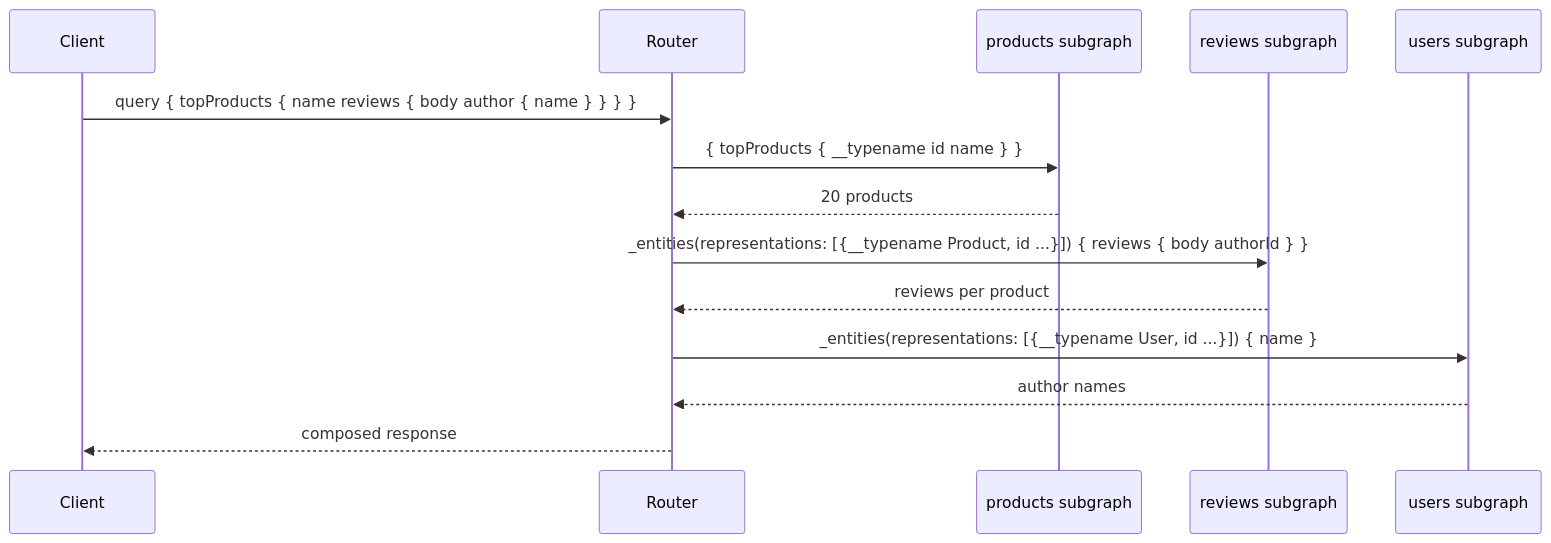
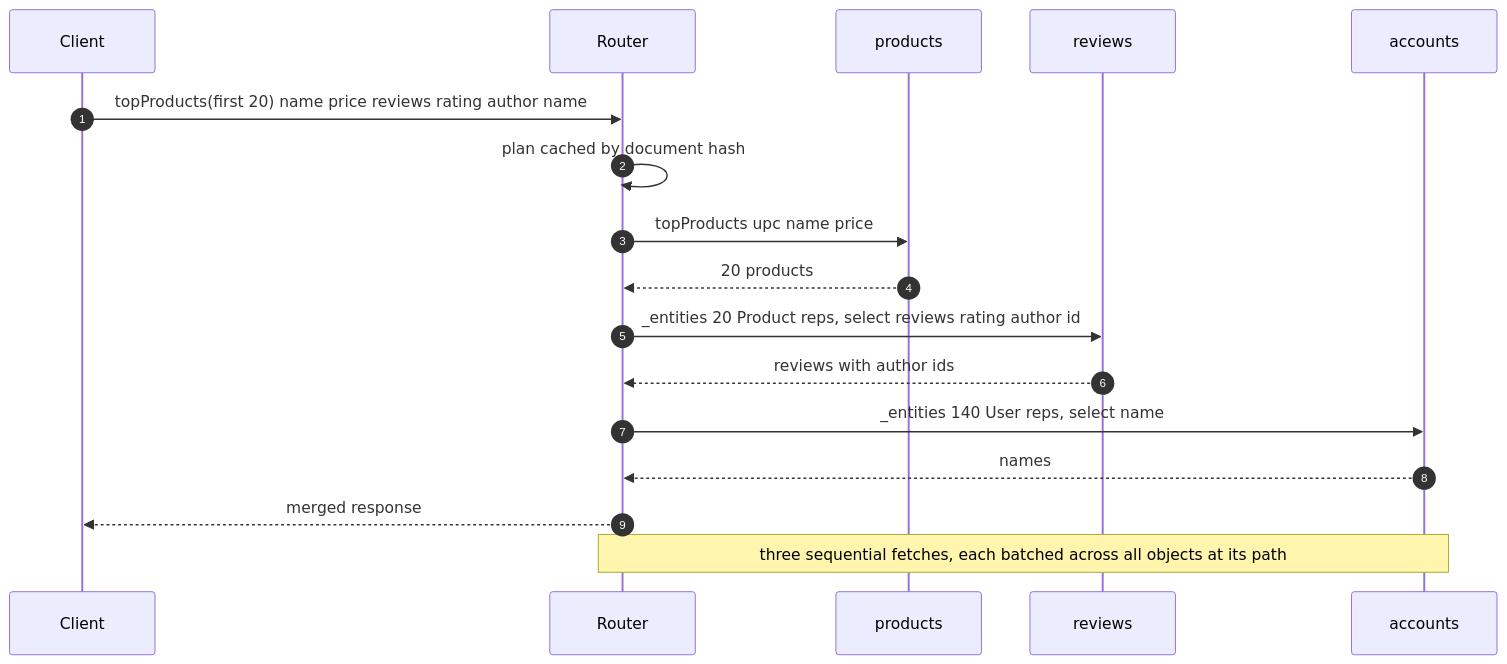
The fourth of 5 diagrams in src/content/docs/en/communication/synchronous-protocols/graphql.mdx (gorkemsari/distributed-systems), drawn with Mermaid before and after one commit. The commit also changed other lines of this file and 3 other files, not shown here.

First line of the commit message:
docs(communication/synchronous-protocols/graphql): generate EN/TR

````diff
--- a/src/content/docs/en/communication/synchronous-protocols/graphql.mdx
+++ b/src/content/docs/en/communication/synchronous-protocols/graphql.mdx
@@ -121,17 +192,19 @@
 ```mermaid
 sequenceDiagram
+    autonumber
     participant C as Client
     participant R as Router
-    participant P as products subgraph
-    participant V as reviews subgraph
-    participant U as users subgraph
- 
-    C->>R: query { topProducts { name reviews { body author { name } } } }
-    R->>P: { topProducts { __typename id name } }
+    participant P as products
+    participant V as reviews
+    participant A as accounts
+    C->>R: topProducts(first 20) name price reviews rating author name
+    R->>R: plan cached by document hash
+    R->>P: topProducts upc name price
     P-->>R: 20 products
-    R->>V: _entities(representations: [{__typename Product, id ...}]) { reviews { body authorId } }
-    V-->>R: reviews per product
-    R->>U: _entities(representations: [{__typename User, id ...}]) { name }
-    U-->>R: author names
-    R-->>C: composed response
+    R->>V: _entities 20 Product reps, select reviews rating author id
+    V-->>R: reviews with author ids
+    R->>A: _entities 140 User reps, select name
+    A-->>R: names
+    R-->>C: merged response
+    Note over R,A: three sequential fetches, each batched across all objects at its path
 ```
````
